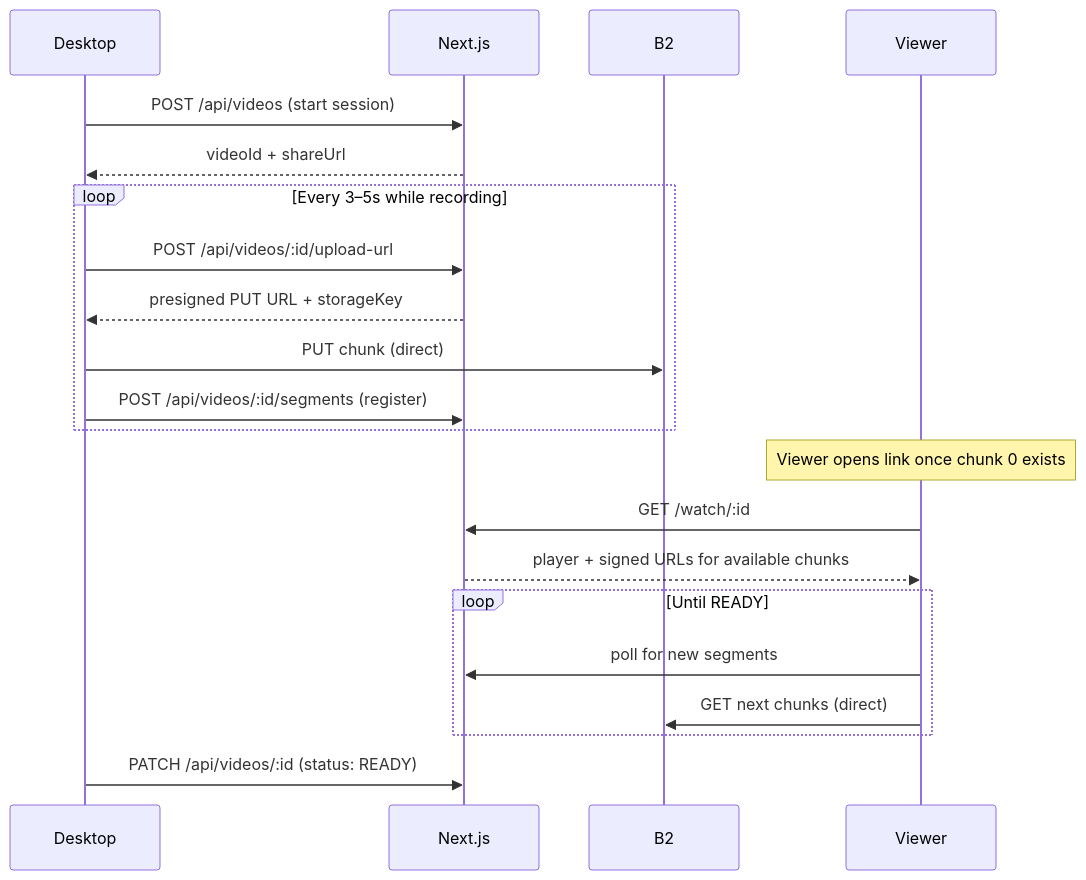
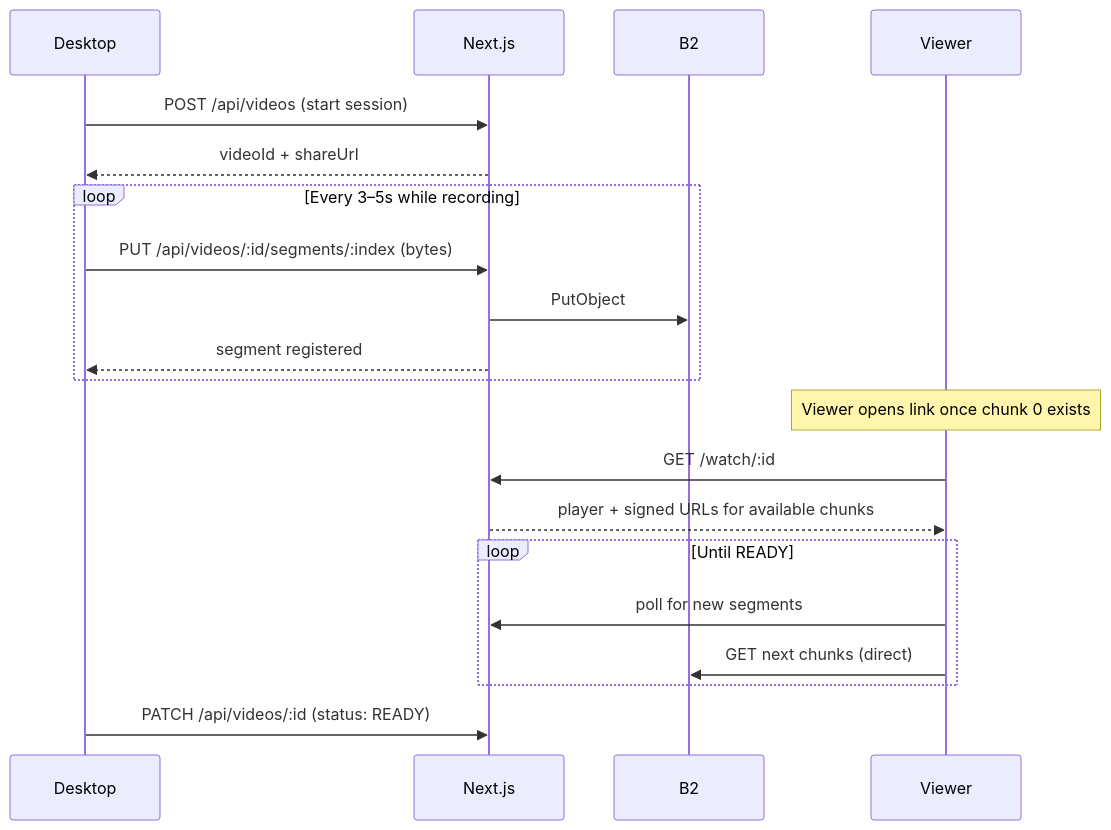
One commit to Dishant402955/knot changed the second of 3 diagrams in docs/architecture.md. Above: the diagram before and after it, drawn with Mermaid. The commit also changed other lines of this file and 24 other files, not shown here.

Commit message:
Integrate to complete upload loop : desktop, next api, B2;

````diff
--- a/docs/architecture.md
+++ b/docs/architecture.md
@@ -74,27 +74,26 @@
 ```mermaid
 sequenceDiagram
     participant D as Desktop
     participant API as Next.js
     participant B2 as B2
     participant V as Viewer
 
     D->>API: POST /api/videos (start session)
     API-->>D: videoId + shareUrl
 
     loop Every 3–5s while recording
-        D->>API: POST /api/videos/:id/upload-url
-        API-->>D: presigned PUT URL + storageKey
-        D->>B2: PUT chunk (direct)
-        D->>API: POST /api/videos/:id/segments (register)
+        D->>API: PUT /api/videos/:id/segments/:index (bytes)
+        API->>B2: PutObject
+        API-->>D: segment registered
     end
 
     Note over V: Viewer opens link once chunk 0 exists
     V->>API: GET /watch/:id
     API-->>V: player + signed URLs for available chunks
     loop Until READY
         V->>API: poll for new segments
         V->>B2: GET next chunks (direct)
     end
 
     D->>API: PATCH /api/videos/:id (status: READY)
 ```
````
